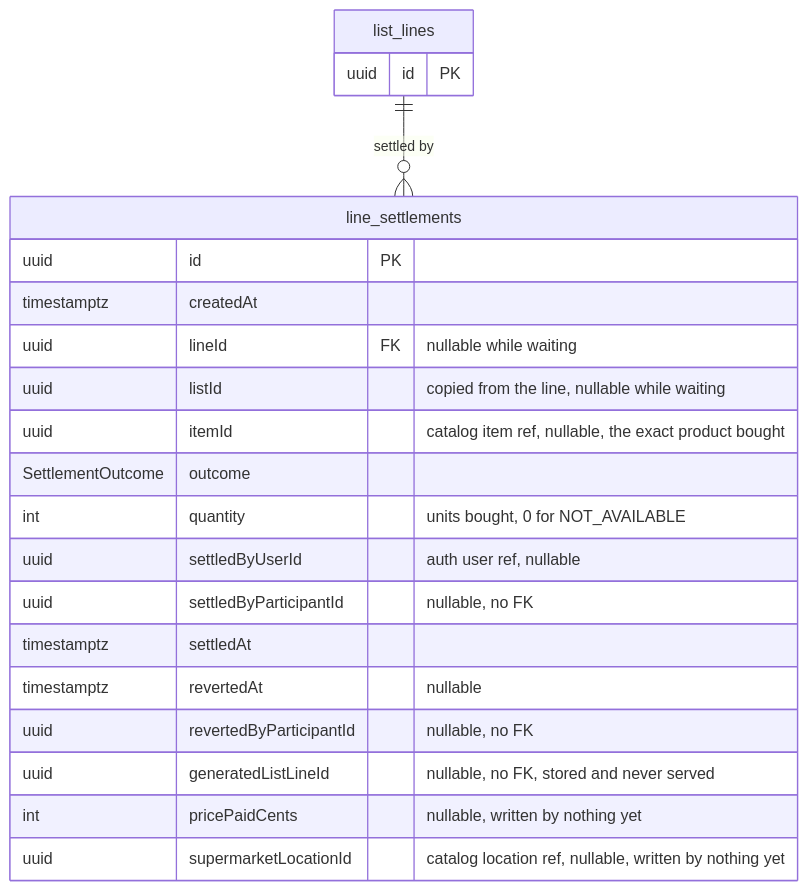
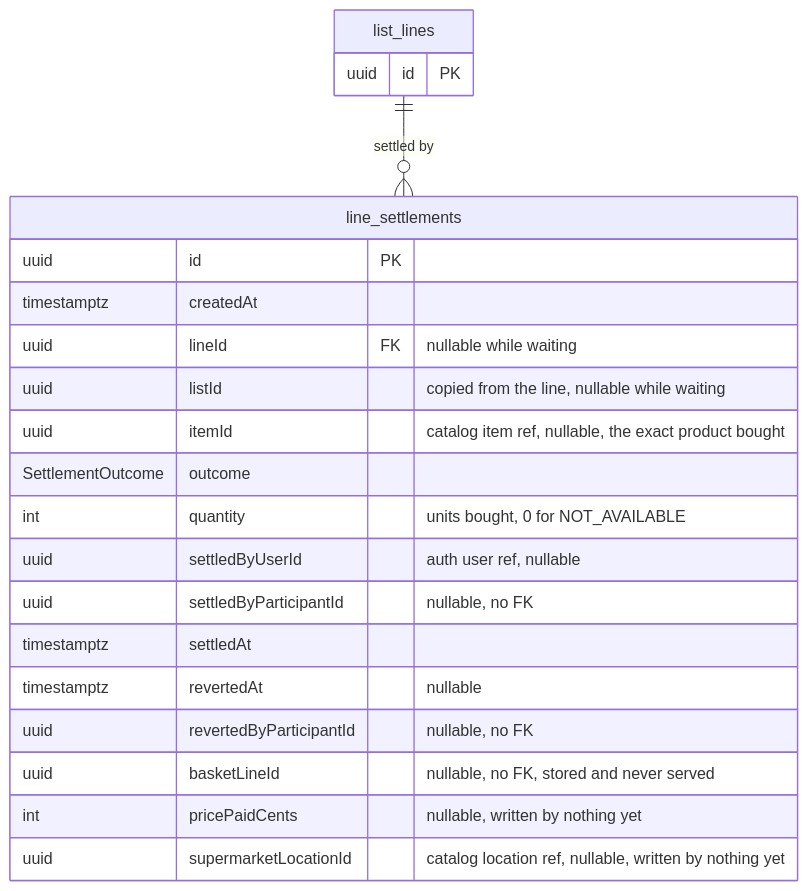
The third of 6 diagrams in apps/luna-shopper-backend/core/docs/data-model.md (IchirokuXVI/nx-portfolio), drawn with Mermaid before and after one commit. The commit also changed other lines of this file and 169 other files, not shown here.

First line of the commit message:
refactor(luna-core)!: a generated list is called a basket (plan 0144)

````diff
--- a/apps/luna-shopper-backend/core/docs/data-model.md
+++ b/apps/luna-shopper-backend/core/docs/data-model.md
@@ -186,25 +186,25 @@
 ```mermaid
 erDiagram
     list_lines ||--o{ line_settlements : "settled by"
 
     list_lines {
         uuid id PK
     }
     line_settlements {
         uuid id PK
         timestamptz createdAt
         uuid lineId FK "nullable while waiting"
         uuid listId "copied from the line, nullable while waiting"
         uuid itemId "catalog item ref, nullable, the exact product bought"
         SettlementOutcome outcome
         int quantity "units bought, 0 for NOT_AVAILABLE"
         uuid settledByUserId "auth user ref, nullable"
         uuid settledByParticipantId "nullable, no FK"
         timestamptz settledAt
         timestamptz revertedAt "nullable"
         uuid revertedByParticipantId "nullable, no FK"
-        uuid generatedListLineId "nullable, no FK, stored and never served"
+        uuid basketLineId "nullable, no FK, stored and never served"
         int pricePaidCents "nullable, written by nothing yet"
         uuid supermarketLocationId "catalog location ref, nullable, written by nothing yet"
     }
 ```
````
